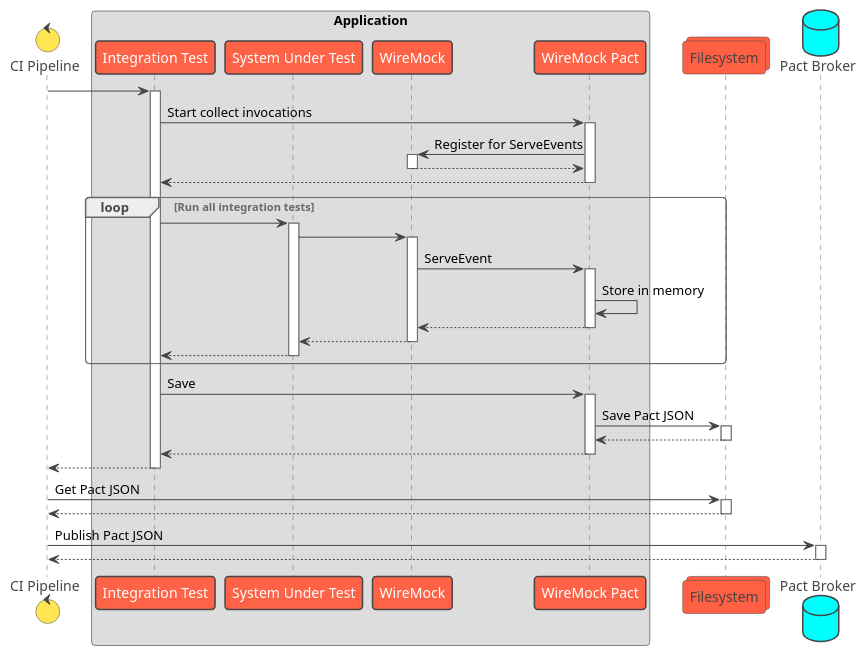
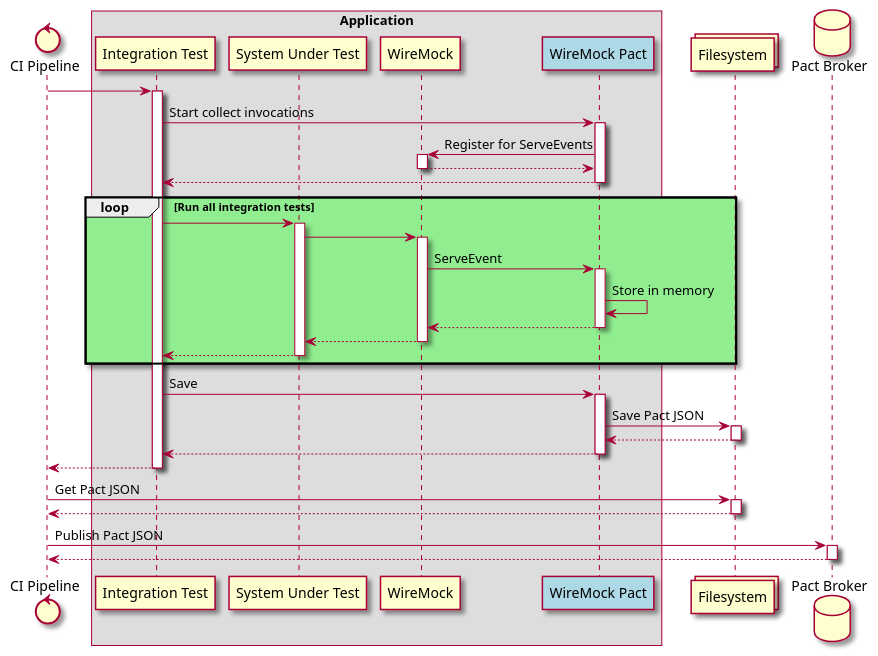
One commit to wiremock/wiremock-pact changed the diagram in docs/example-rest-application.puml. Above: the diagram before and after it, drawn with PlantUML. The commit also changed 2 other files, not shown here.

```diff
--- a/docs/example-rest-application.puml
+++ b/docs/example-rest-application.puml
@@ -2,64 +2,64 @@
 @startuml pact-with-wiremock
-!theme vibrant
+skin rose
 
 Control "CI Pipeline" as CI
 
 box "Application"
     participant "Integration Test" as IT
     participant "System Under Test" as SUT
     participant "WireMock" as WM
-    participant "WireMock Pact" as WMP
+    participant "WireMock Pact" as WMP #LightBlue
 end box
 
 Collections "Filesystem" as FS
 database "Pact Broker" as BROKER
 
 CI -> IT
 activate IT
     IT -> WMP: Start collect invocations
     activate WMP
         WMP -> WM: Register for ServeEvents
         activate WM
             WM --> WMP
         deactivate WM
         WMP --> IT
     deactivate WMP
 
-    loop Run all integration tests
+    loop #LightGreen Run all integration tests
     IT -> SUT
     activate SUT
         SUT -> WM
         activate WM
             WM -> WMP: ServeEvent
             activate WMP
                 WMP -> WMP: Store in memory
                 WMP --> WM
             deactivate WMP
             WM --> SUT
         deactivate WM
         SUT --> IT
     deactivate SUT
     end
 
     IT -> WMP: Save
     activate WMP
         WMP -> FS: Save Pact JSON
         activate FS
             FS --> WMP
         deactivate FS
         WMP --> IT
     deactivate WMP
 
     IT --> CI
 deactivate IT
 
 CI -> FS: Get Pact JSON
 activate FS
     FS --> CI
 deactivate FS
 
 CI -> BROKER: Publish Pact JSON
 activate BROKER
     BROKER --> CI
 deactivate BROKER
 @enduml
```
